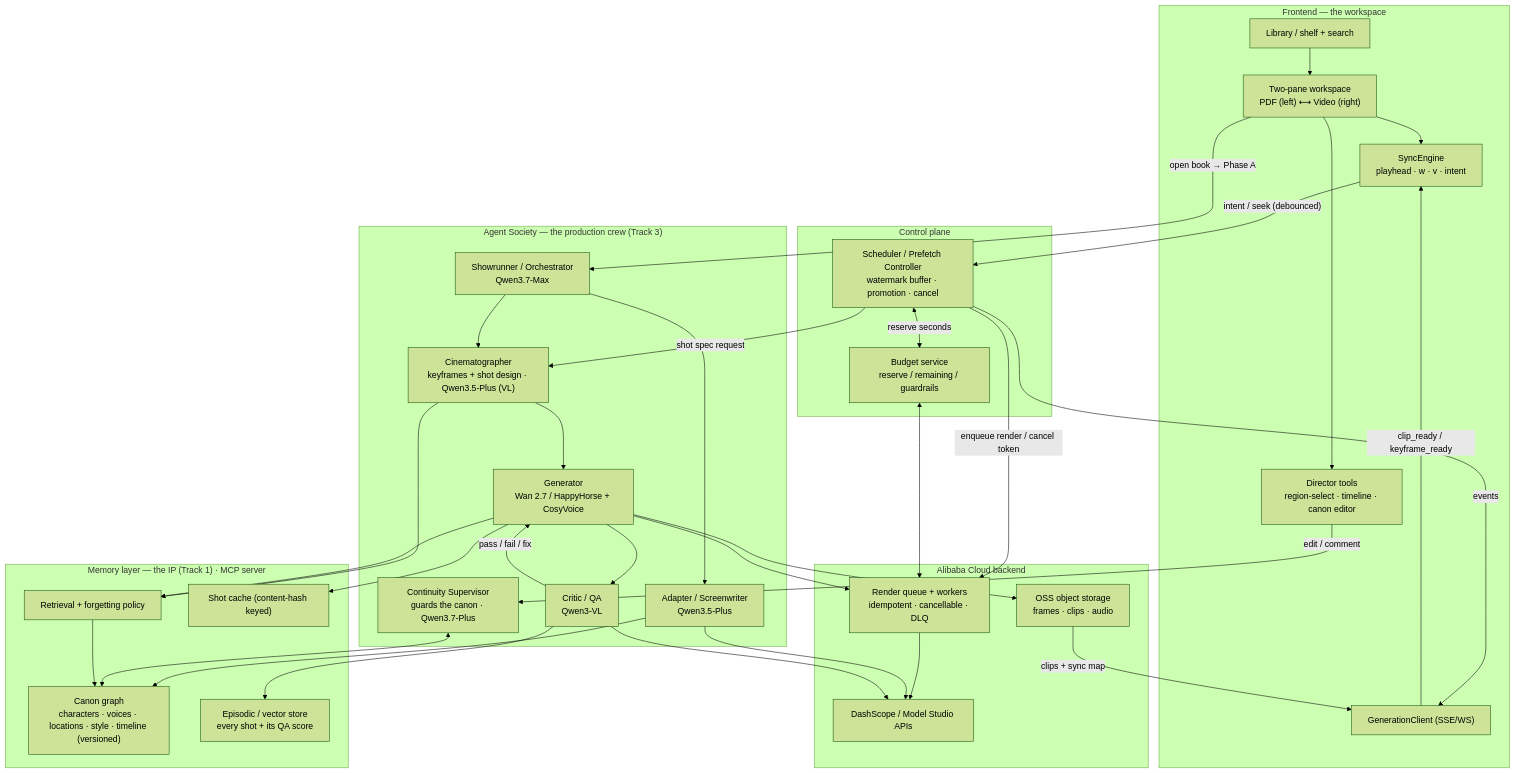
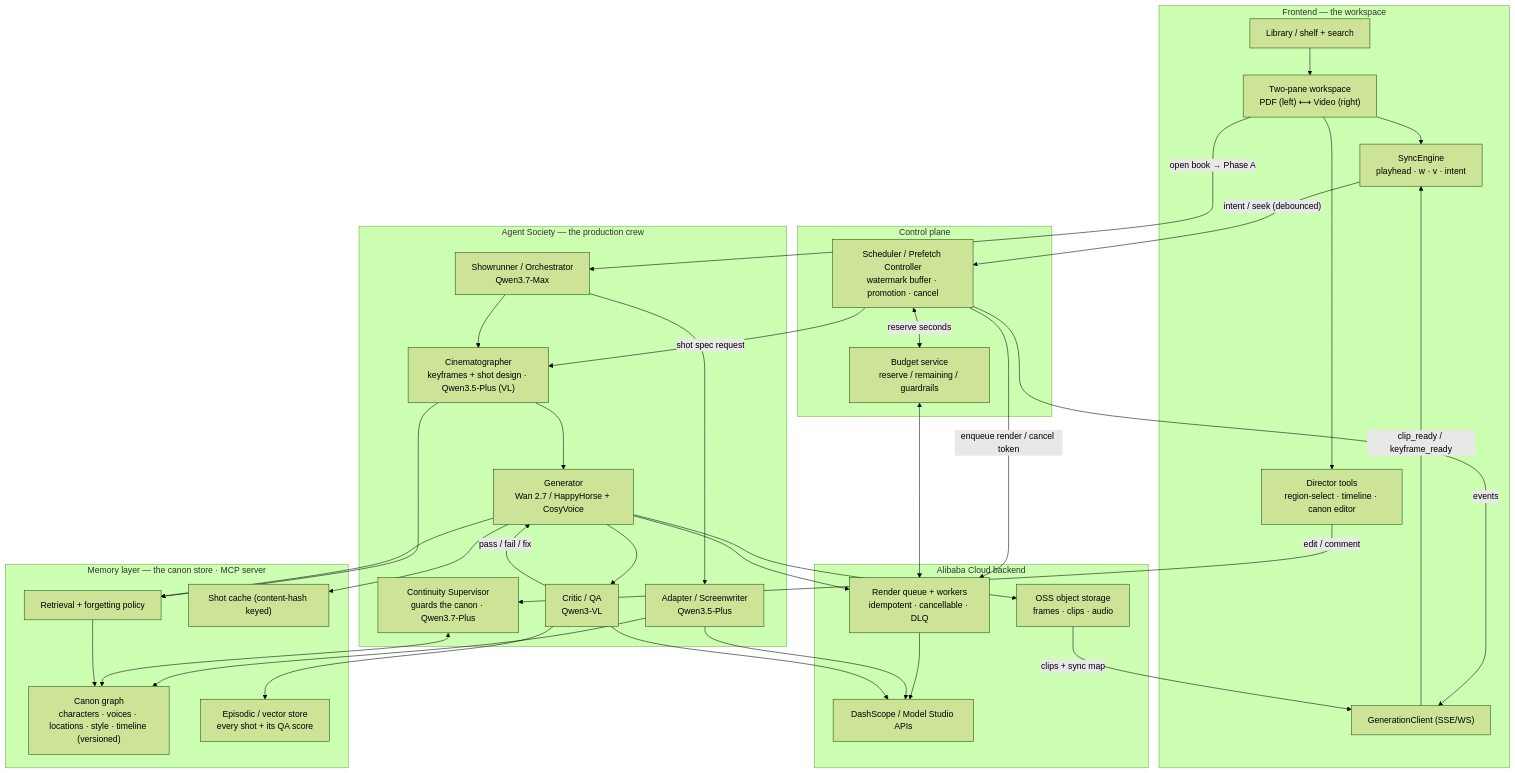
Before and after one commit to rishabhcli/kinora: the third of 7 diagrams in kinora.md, drawn with Mermaid (forest theme). The commit also changed other lines of this file and 64 other files, not shown here.

````diff
--- a/kinora.md
+++ b/kinora.md
@@ -350,67 +356,67 @@
 ```mermaid
 flowchart TB
     subgraph FE["Frontend — the workspace"]
         LIB["Library / shelf + search"]
         WS["Two-pane workspace<br/>PDF (left) ⟷ Video (right)"]
         SE["SyncEngine<br/>playhead · w · v · intent"]
         DIR["Director tools<br/>region-select · timeline · canon editor"]
         GC["GenerationClient (SSE/WS)"]
     end
 
     subgraph CTRL["Control plane"]
         SCHED["Scheduler / Prefetch Controller<br/>watermark buffer · promotion · cancel"]
         BUD["Budget service<br/>reserve / remaining / guardrails"]
     end
 
-    subgraph ORCH["Agent Society — the production crew (Track 3)"]
+    subgraph ORCH["Agent Society — the production crew"]
         SHOW["Showrunner / Orchestrator<br/>Qwen3.7-Max"]
         ADAPT["Adapter / Screenwriter<br/>Qwen3.5-Plus"]
         CONT["Continuity Supervisor<br/>guards the canon · Qwen3.7-Plus"]
         CINE["Cinematographer<br/>keyframes + shot design · Qwen3.5-Plus (VL)"]
         GEN["Generator<br/>Wan 2.7 / HappyHorse + CosyVoice"]
         CRIT["Critic / QA<br/>Qwen3-VL"]
     end
 
-    subgraph MEM["Memory layer — the IP (Track 1) · MCP server"]
+    subgraph MEM["Memory layer — the canon store · MCP server"]
         CANON["Canon graph<br/>characters · voices · locations · style · timeline (versioned)"]
         EPI["Episodic / vector store<br/>every shot + its QA score"]
         RET["Retrieval + forgetting policy"]
         CACHE["Shot cache (content-hash keyed)"]
     end
 
     subgraph INFRA["Alibaba Cloud backend"]
         DS["DashScope / Model Studio APIs"]
         OSS["OSS object storage<br/>frames · clips · audio"]
         Q["Render queue + workers<br/>idempotent · cancellable · DLQ"]
     end
 
     LIB --> WS --> SE
     WS --> DIR
     SE -->|"intent / seek (debounced)"| SCHED
     GC -->|"clip_ready / keyframe_ready"| SE
     SCHED -->|"events"| GC
 
     SCHED -->|"shot spec request"| CINE
     SCHED -->|"enqueue render / cancel token"| Q
     SCHED <-->|"reserve seconds"| BUD
 
     WS -->|"open book → Phase A"| SHOW
     DIR -->|"edit / comment"| CONT
 
     SHOW --> ADAPT --> CANON
     SHOW --> CINE
     CINE --> GEN --> CRIT
     CRIT -->|"pass / fail / fix"| GEN
     CRIT --> EPI
     CONT <--> CANON
     CINE --> RET --> CANON
     GEN --> RET
     GEN --> CACHE
 
     GEN --> Q --> DS
     GEN --> OSS
     ADAPT --> DS
     CRIT --> DS
     OSS -->|"clips + sync map"| GC
     BUD <--> Q
 ```
````
